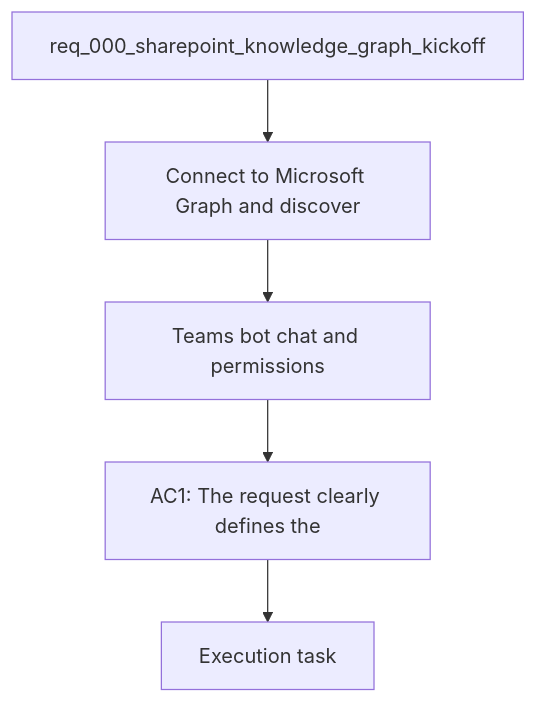
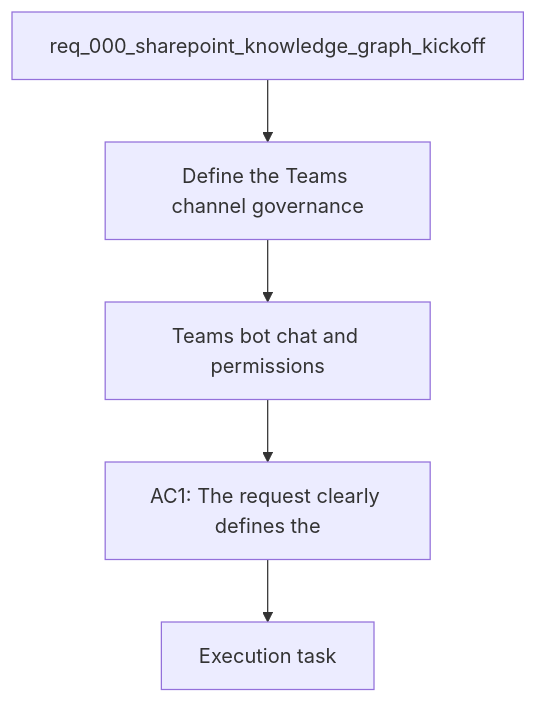
The diagram in logics/backlog/item_004_teams_bot_chat_and_permissions.md (AlexAgo83/deepvault), drawn with Mermaid before and after one commit. The commit also changed other lines of this file and 23 other files, not shown here.

Commit message:
Refine Logics product and architecture briefs

````diff
--- a/logics/backlog/item_004_teams_bot_chat_and_permissions.md
+++ b/logics/backlog/item_004_teams_bot_chat_and_permissions.md
@@ -26,9 +23,9 @@
 ```mermaid
 %% logics-kind: backlog
-%% logics-signature: backlog|teams-bot-chat-and-permissions|req-000-sharepoint-knowledge-graph-kicko|connect-to-microsoft-graph-and-discover|ac1-the-request-clearly-defines-the
+%% logics-signature: backlog|teams-bot-chat-and-permissions|req-000-sharepoint-knowledge-graph-kicko|define-the-teams-channel-governance-and|ac1-the-request-clearly-defines-the
 flowchart TD
-    Request[req_000_sharepoint_knowledge_graph_kickoff] --> Problem[Connect to Microsoft Graph and discover]
+    Request[req_000_sharepoint_knowledge_graph_kickoff] --> Problem[Define the Teams channel governance]
     Problem --> Scope[Teams bot chat and permissions]
     Scope --> Acceptance[AC1: The request clearly defines the]
     Acceptance --> Tasks[Execution task]
 ```
````
